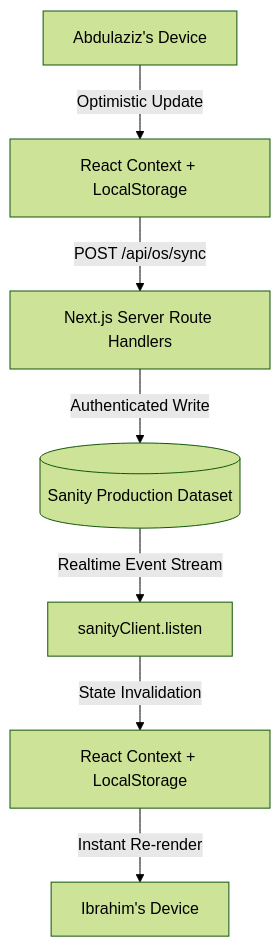
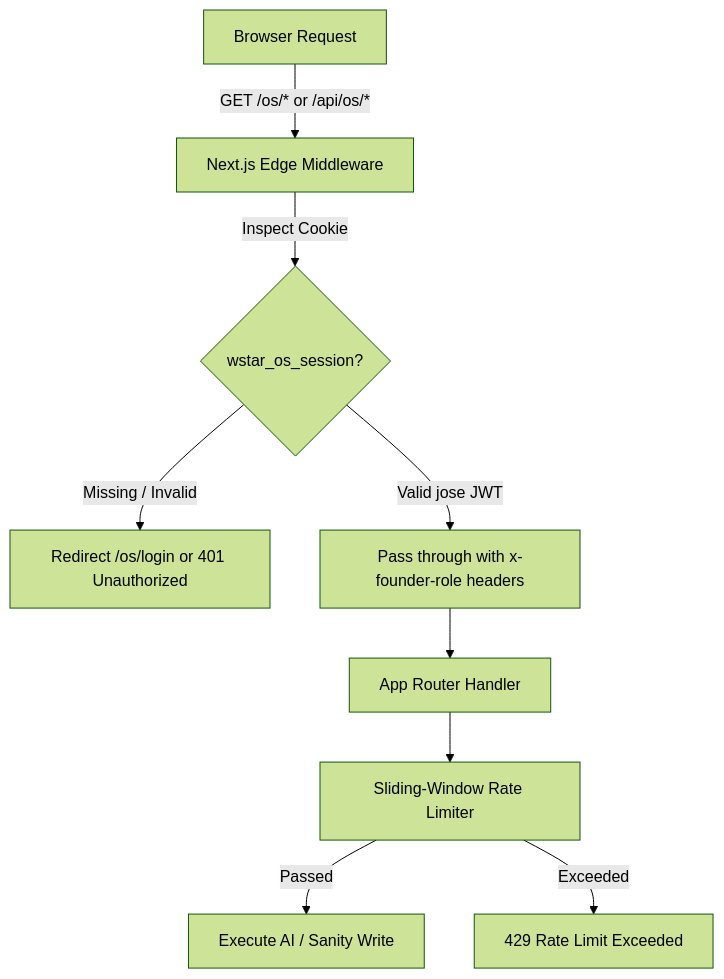
The first of 2 diagrams in docs/ARCHITECTURE.md (W-Starr/wstar-website), drawn with Mermaid (forest theme) before and after one commit. The commit also changed other lines of this file and 61 other files, not shown here.

````diff
--- a/docs/ARCHITECTURE.md
+++ b/docs/ARCHITECTURE.md
@@ -48,10 +52,12 @@
 ```mermaid
 graph TD
-    UserA[Abdulaziz's Device] -->|Optimistic Update| ContextA[React Context + LocalStorage]
-    ContextA -->|POST /api/os/sync| ServerAPI[Next.js Server Route Handlers]
-    ServerAPI -->|Authenticated Write| SanityCloud[(Sanity Production Dataset)]
+    Client[Browser Request] -->|GET /os/* or /api/os/*| Middleware[Next.js Edge Middleware]
+    Middleware -->|Inspect Cookie| CookieCheck{wstar_os_session?}
+    CookieCheck -->|Missing / Invalid| Redirect[Redirect /os/login or 401 Unauthorized]
+    CookieCheck -->|Valid jose JWT| Allow[Pass through with x-founder-role headers]
     
-    SanityCloud -->|Realtime Event Stream| ListenerB[sanityClient.listen]
-    ListenerB -->|State Invalidation| ContextB[React Context + LocalStorage]
-    ContextB -->|Instant Re-render| UserB[Ibrahim's Device]
+    Allow --> RouteHandler[App Router Handler]
+    RouteHandler --> RateLimiter[Sliding-Window Rate Limiter]
+    RateLimiter -->|Passed| BackendLogic[Execute AI / Sanity Write]
+    RateLimiter -->|Exceeded| 429[429 Rate Limit Exceeded]
 ```
````
